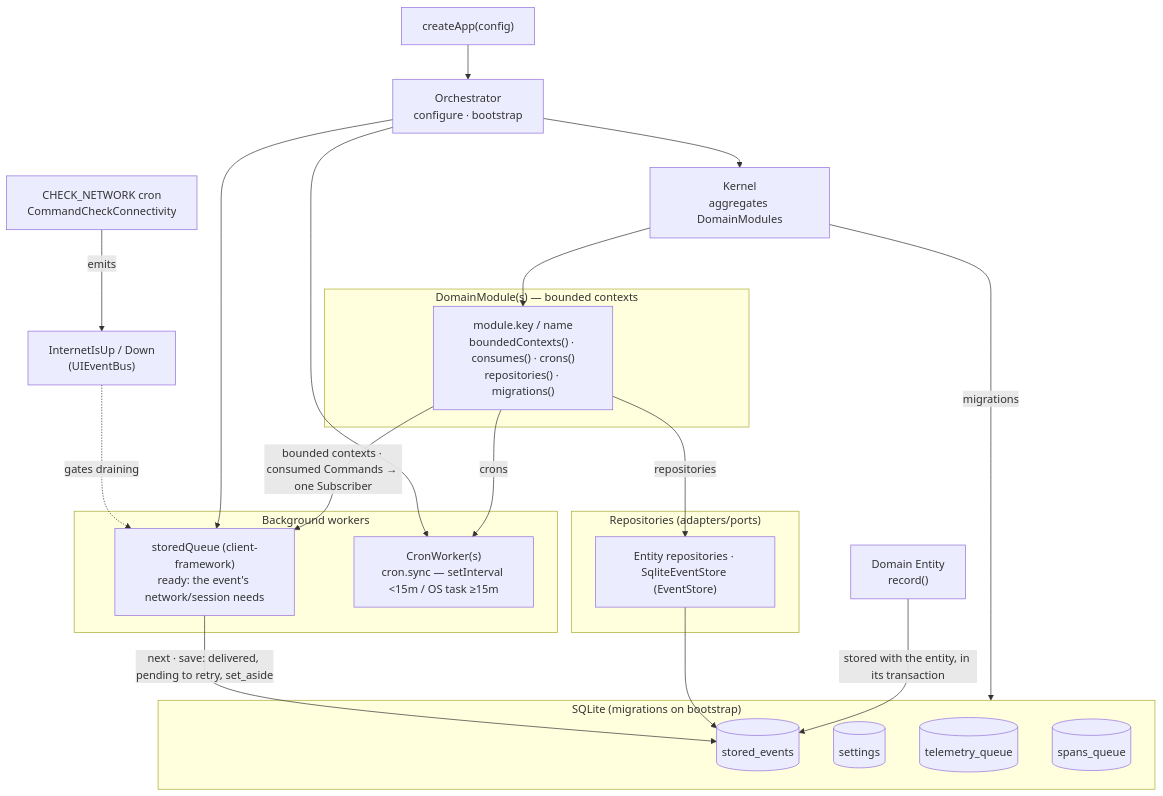
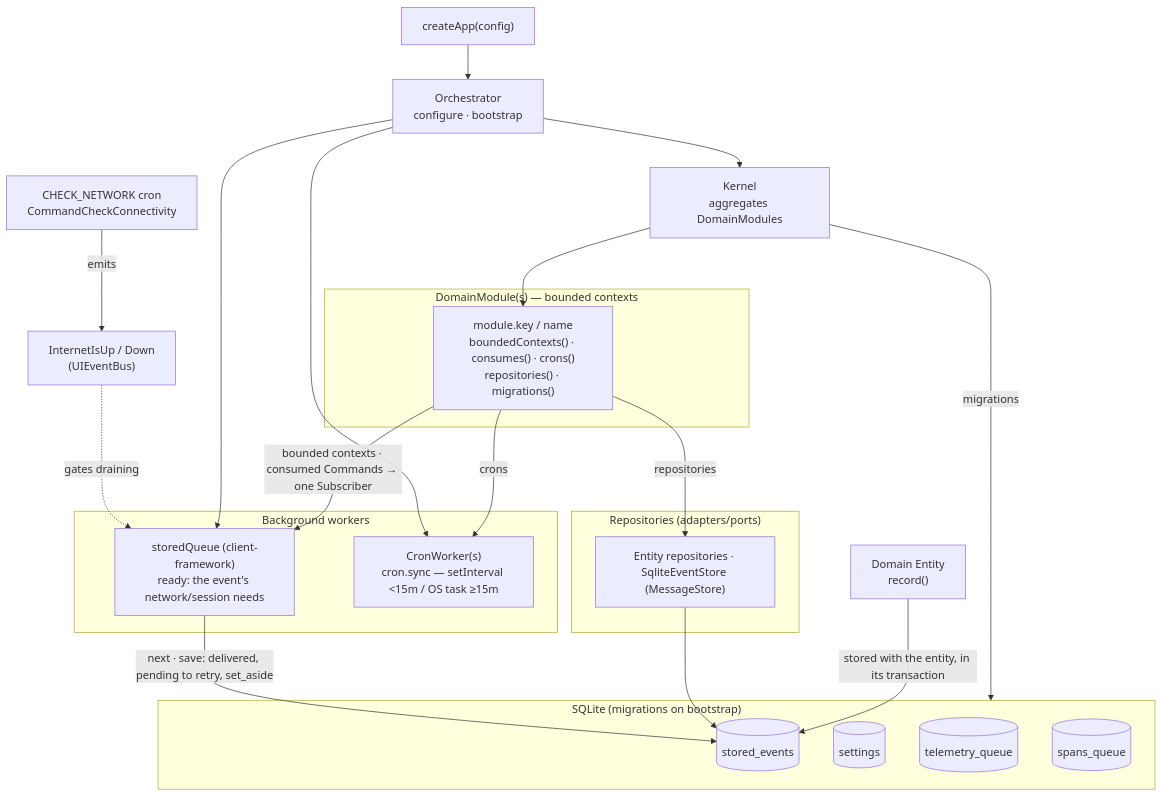
Before and after one commit to Sincpro-SRL/sincpro_mobile: the first of 2 diagrams in README.md, drawn with Mermaid. The commit also changed other lines of this file and 36 other files, not shown here.

````diff
--- a/README.md
+++ b/README.md
@@ -156,40 +156,40 @@
 ```mermaid
 flowchart TB
     createApp["createApp(config)"] --> orch["Orchestrator<br/>configure · bootstrap"]
     orch --> kernel["Kernel<br/>aggregates DomainModules"]
 
     subgraph MODULES["DomainModule(s) — bounded contexts"]
         mod["module.key / name<br/>boundedContexts() · consumes() · crons()<br/>repositories() · migrations()"]
     end
     kernel --> mod
 
     subgraph WORKERS["Background workers"]
         qp["storedQueue (client-framework)<br/>ready: the event's network/session needs"]
         crons["CronWorker(s)<br/>cron.sync — setInterval &lt;15m / OS task ≥15m"]
     end
 
     subgraph STORE["SQLite (migrations on bootstrap)"]
         de[("stored_events")]
         settings[("settings")]
         tq[("telemetry_queue")]
         sq[("spans_queue")]
     end
 
     subgraph REPOS["Repositories (adapters/ports)"]
-        repo["Entity repositories · SqliteEventStore (EventStore)"]
+        repo["Entity repositories · SqliteEventStore (MessageStore)"]
     end
 
     netcron["CHECK_NETWORK cron<br/>CommandCheckConnectivity"] -->|emits| netev["InternetIsUp / Down<br/>(UIEventBus)"]
     netev -.->|gates draining| qp
 
     orch --> qp
     orch --> crons
     kernel -->|migrations| STORE
     mod -->|bounded contexts · consumed Commands → one Subscriber| qp
     mod -->|crons| crons
     mod -->|repositories| repo
 
     qp -->|next · save: delivered, pending to retry, set_aside| de
     repo --> de
     entity["Domain Entity<br/>record()"] -->|stored with the entity, in its transaction| de
 ```
````
